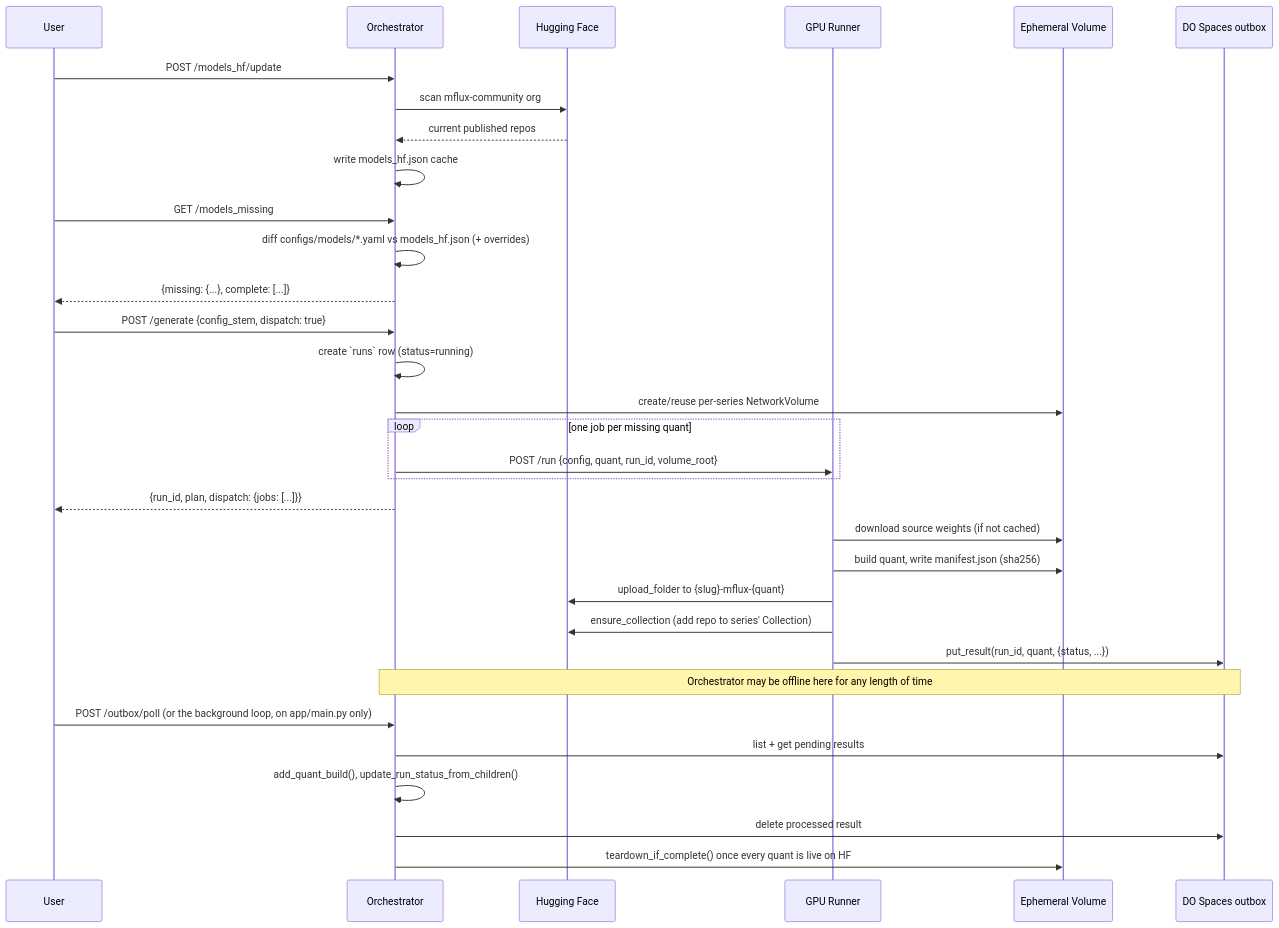
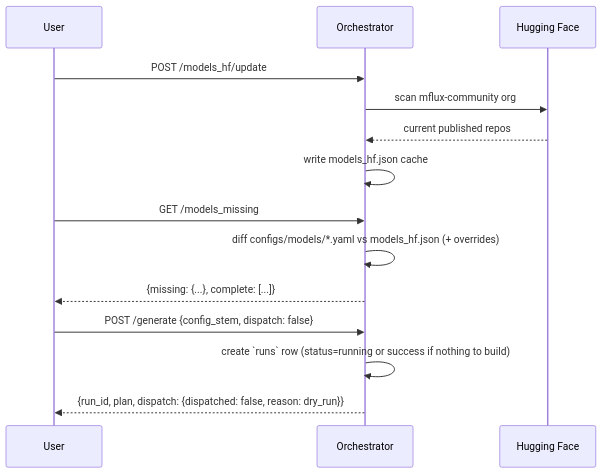
The second of 2 diagrams in docs/ARCHITECTURE.md (ianscrivener/mflux-runpod), drawn with Mermaid before and after one commit. The commit also changed other lines of this file and 43 other files, not shown here.

````diff
--- a/docs/ARCHITECTURE.md
+++ b/docs/ARCHITECTURE.md
@@ -222,40 +221,19 @@
 ```mermaid
 sequenceDiagram
     participant User
     participant Orch as Orchestrator
     participant HF as Hugging Face
-    participant Runner as GPU Runner
-    participant Vol as Ephemeral Volume
-    participant DO as DO Spaces outbox
 
     User->>Orch: POST /models_hf/update
     Orch->>HF: scan mflux-community org
     HF-->>Orch: current published repos
     Orch->>Orch: write models_hf.json cache
 
     User->>Orch: GET /models_missing
     Orch->>Orch: diff configs/models/*.yaml vs models_hf.json (+ overrides)
     Orch-->>User: {missing: {...}, complete: [...]}
 
-    User->>Orch: POST /generate {config_stem, dispatch: true}
-    Orch->>Orch: create `runs` row (status=running)
-    Orch->>Vol: create/reuse per-series NetworkVolume
-    loop one job per missing quant
-        Orch->>Runner: POST /run {config, quant, run_id, volume_root}
-    end
-    Orch-->>User: {run_id, plan, dispatch: {jobs: [...]}}
-
-    Runner->>Vol: download source weights (if not cached)
-    Runner->>Vol: build quant, write manifest.json (sha256)
-    Runner->>HF: upload_folder to {slug}-mflux-{quant}
-    Runner->>HF: ensure_collection (add repo to series' Collection)
-    Runner->>DO: put_result(run_id, quant, {status, ...})
-
-    Note over Orch,DO: Orchestrator may be offline here for any length of time
-
-    User->>Orch: POST /outbox/poll  (or the background loop, on app/main.py only)
-    Orch->>DO: list + get pending results
-    Orch->>Orch: add_quant_build(), update_run_status_from_children()
-    Orch->>DO: delete processed result
-    Orch->>Vol: teardown_if_complete() once every quant is live on HF
+    User->>Orch: POST /generate {config_stem, dispatch: false}
+    Orch->>Orch: create `runs` row (status=running or success if nothing to build)
+    Orch-->>User: {run_id, plan, dispatch: {dispatched: false, reason: dry_run}}
 ```
````
